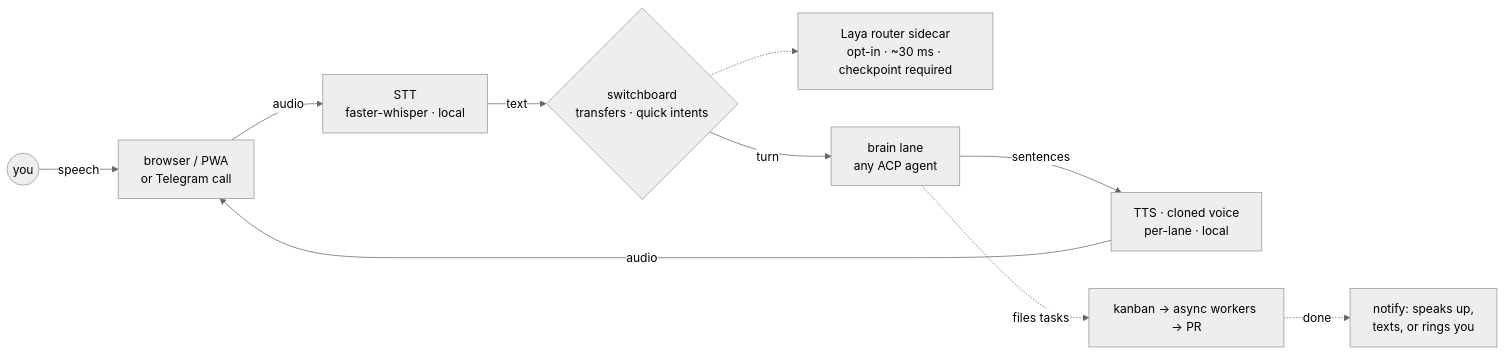
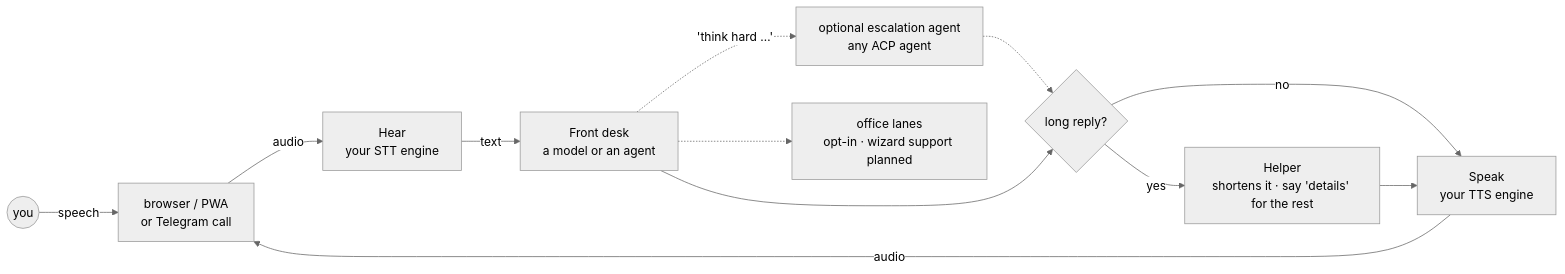
The diagram in README.md (5uck1ess/cicero), drawn with Mermaid (neutral theme) before and after one commit. The commit also changed other lines of this file and 17 other files, not shown here.

Commit message:
docs: one setup path, Mermaid diagrams, Using/Concepts/Advanced pages, INSTALL.md and llms.txt

````diff
--- a/README.md
+++ b/README.md
@@ -80,12 +52,14 @@
 ```mermaid
 flowchart LR
     Y((you)) -->|speech| B["browser / PWA<br/>or Telegram call"]
-    B -->|audio| S["STT<br/>faster-whisper · local"]
-    S -->|text| SW{"switchboard<br/>transfers · quick intents"}
-    SW -.-> LAYA["Laya router sidecar<br/>opt-in · ~30 ms · checkpoint required"]
-    SW -->|turn| BR["brain lane<br/>any ACP agent"]
-    BR -->|sentences| T["TTS · cloned voice<br/>per-lane · local"]
-    T -->|audio| B
-    BR -.->|files tasks| K["kanban → async workers → PR"]
-    K -.->|done| N["notify: speaks up,<br/>texts, or rings you"]
+    B -->|audio| H["Hear<br/>your STT engine"]
+    H -->|text| F["Front desk<br/>a model or an agent"]
+    F -.->|"'think hard …'"| E["optional escalation agent<br/>any ACP agent"]
+    E -.-> R
+    F --> R{"long reply?"}
+    R -->|yes| HL["Helper<br/>shortens it · say 'details' for the rest"]
+    R -->|no| S
+    HL --> S["Speak<br/>your TTS engine"]
+    S -->|audio| B
+    F -.-> L["office lanes<br/>opt-in · wizard support planned"]
 ```
````
